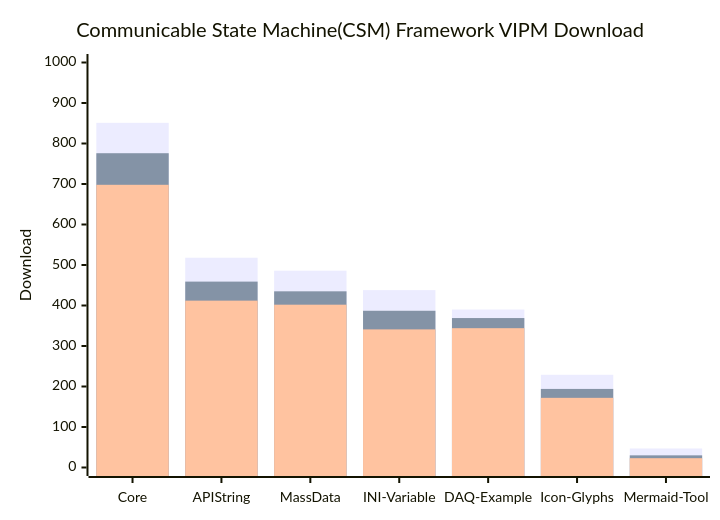
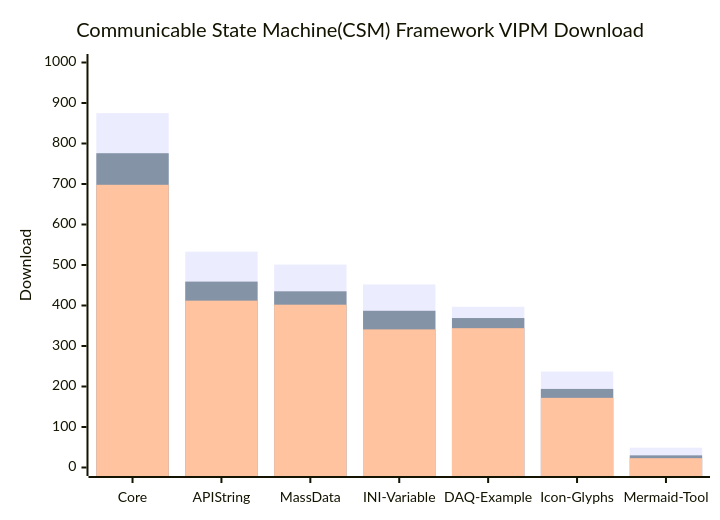
One commit to NEVSTOP-LAB/.github changed the diagram in profile/README.md. Above: the diagram before and after it, drawn with Mermaid.

````diff
--- a/profile/README.md
+++ b/profile/README.md
@@ -27,9 +27,9 @@
 ```mermaid
     xychart-beta
     title "Communicable State Machine(CSM) Framework VIPM Download"
     x-axis [Core, API String, MassData, INI-Variable, DAQ-Example, Icon-Glyphs, Mermaid-Tool]
     y-axis "Download" 0 --> 1000
-    bar   [851 , 518 , 486 ,438 , 390 , 229 ,47 ]
+    bar   [875, 533, 501, 452, 397, 237, 49]
     bar   [776, 459, 435, 387, 369, 194, 30]
     bar   [698, 412, 402, 341, 344, 172, 23]
 ```
````
